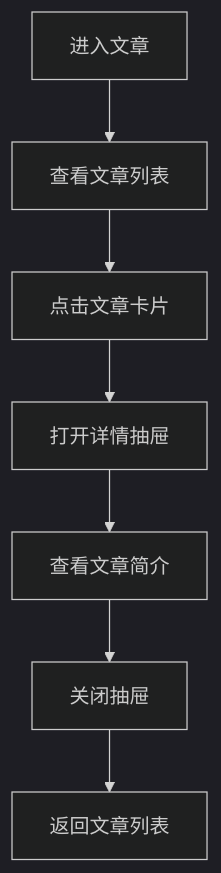
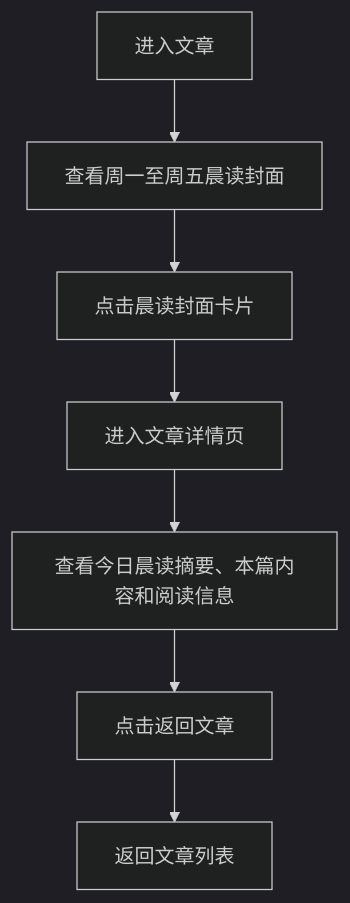
The third of 5 diagrams in prototypes/个人门户网站.md (Icekole/UI-UX-page), drawn with Mermaid (dark theme) before and after one commit. The commit also changed other lines of this file and 9 other files, not shown here.

````diff
--- a/prototypes/个人门户网站.md
+++ b/prototypes/个人门户网站.md
@@ -165,9 +170,9 @@
 ```mermaid
 flowchart TD
-  A[进入文章] --> B[查看文章列表]
-  B --> C[点击文章卡片]
-  C --> D[打开详情抽屉]
-  D --> E[查看文章简介]
-  E --> F[关闭抽屉]
+  A[进入文章] --> B[查看周一至周五晨读封面]
+  B --> C[点击晨读封面卡片]
+  C --> D[进入文章详情页]
+  D --> E[查看今日晨读摘要、本篇内容和阅读信息]
+  E --> F[点击返回文章]
   F --> G[返回文章列表]
 ```
````
